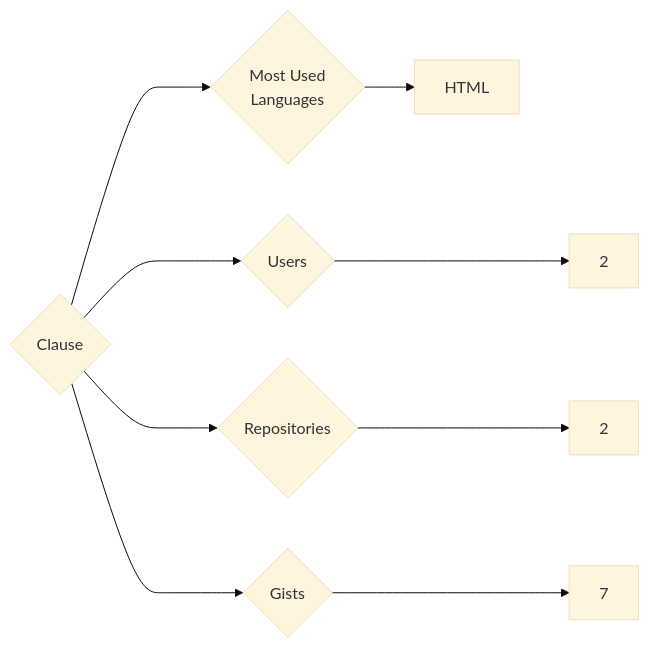
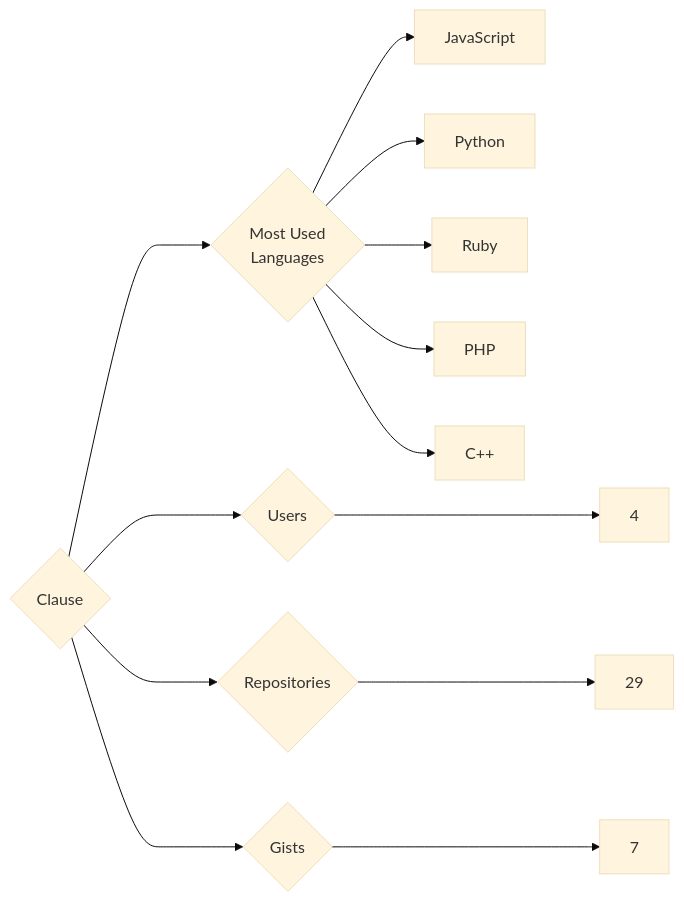
The diagram in targets/Clause/README.md (trickest/insiders), drawn with Mermaid (base theme) before and after one commit. The commit also changed 639 other files, not shown here.

````diff
--- a/targets/Clause/README.md
+++ b/targets/Clause/README.md
@@ -3,9 +3,13 @@
 ```mermaid
 graph LR
 COMPANY_NAME{Clause}
-COMPANY_NAME ---> U{Users} ---> UN[2]
-COMPANY_NAME ---> R{Repositories} ---> RN[2]
+COMPANY_NAME ---> U{Users} ---> UN[4]
+COMPANY_NAME ---> R{Repositories} ---> RN[29]
 COMPANY_NAME ---> G{Gists} ---> GN[7]
 COMPANY_NAME ---> ML{Most Used<br>Languages}
-ML --> HTML[HTML]
+ML --> JavaScript[JavaScript]
+ML --> Python[Python]
+ML --> Ruby[Ruby]
+ML --> PHP[PHP]
+ML --> C++[C++]
 ```
````
